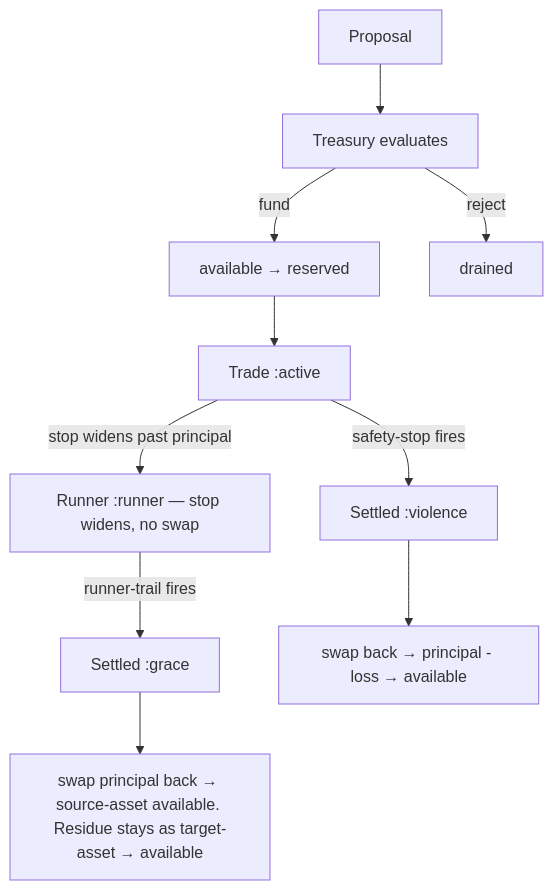
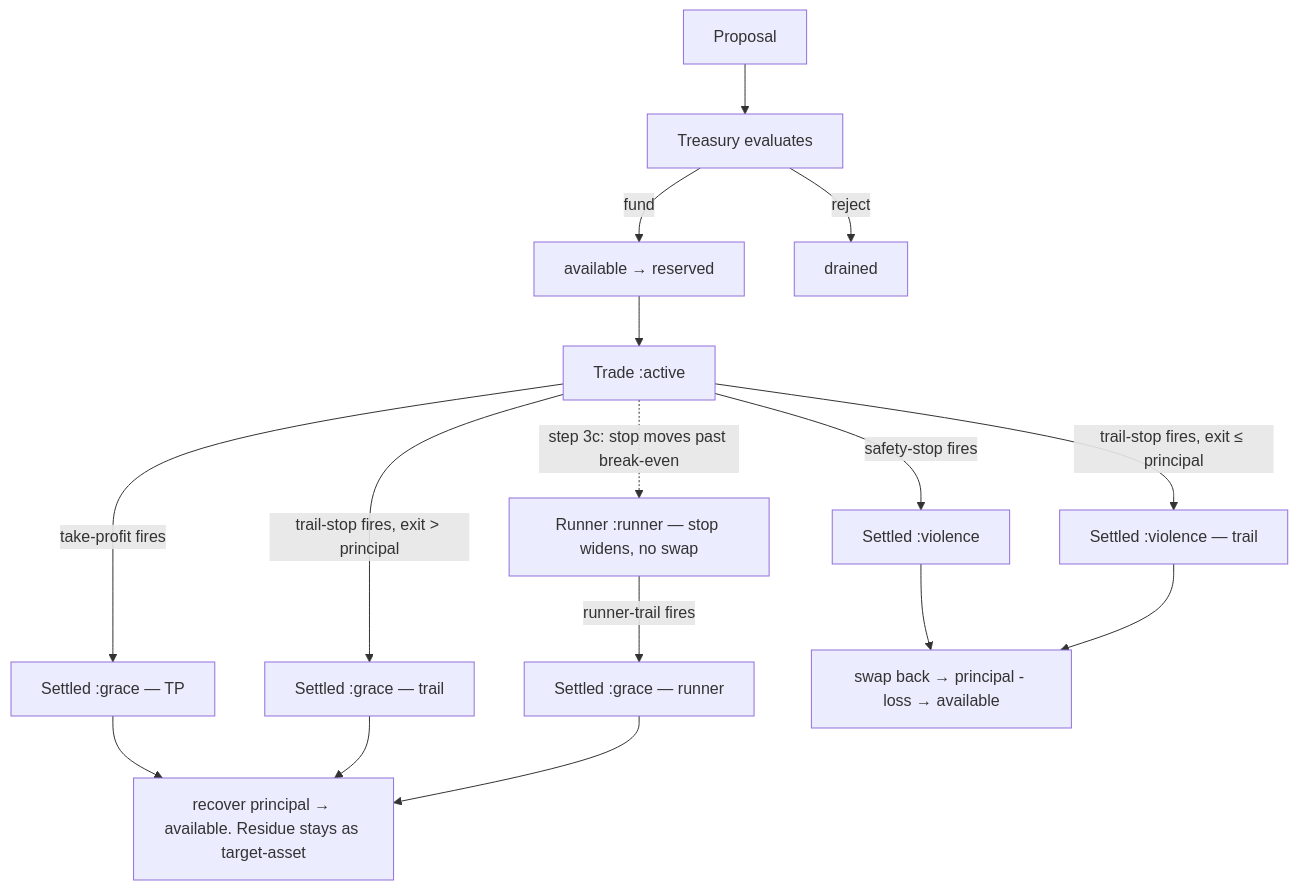
Before and after one commit to watmin/holon-lab-trading: the fifth of 9 diagrams in wat/CIRCUIT.md, drawn with Mermaid. The commit also changed other lines of this file and 1 other file, not shown here.

````diff
--- a/wat/CIRCUIT.md
+++ b/wat/CIRCUIT.md
@@ -155,12 +155,18 @@
 ```mermaid
 graph TD
     PR[Proposal] --> TR[Treasury evaluates]
     TR -->|fund| AV[available → reserved]
     AV --> TD[Trade :active]
-    TD -->|stop widens past principal| RN[Runner :runner — stop widens, no swap]
     TD -->|safety-stop fires| SV[Settled :violence]
-    RN -->|runner-trail fires| SG[Settled :grace]
+    TD -->|take-profit fires| SG1[Settled :grace — TP]
+    TD -->|trail-stop fires, exit > principal| SG2[Settled :grace — trail]
+    TD -->|trail-stop fires, exit ≤ principal| SV2[Settled :violence — trail]
+    TD -.->|step 3c: stop moves past break-even| RN[Runner :runner — stop widens, no swap]
+    RN -->|runner-trail fires| SG3[Settled :grace — runner]
     SV --> EXIT1[swap back → principal - loss → available]
-    SG --> EXIT2[swap principal back → source-asset available. Residue stays as target-asset → available]
+    SG1 --> EXIT2[recover principal → available. Residue stays as target-asset]
+    SG2 --> EXIT2
+    SG3 --> EXIT2
+    SV2 --> EXIT1
     TR -->|reject| DR[drained]
 ```
````
